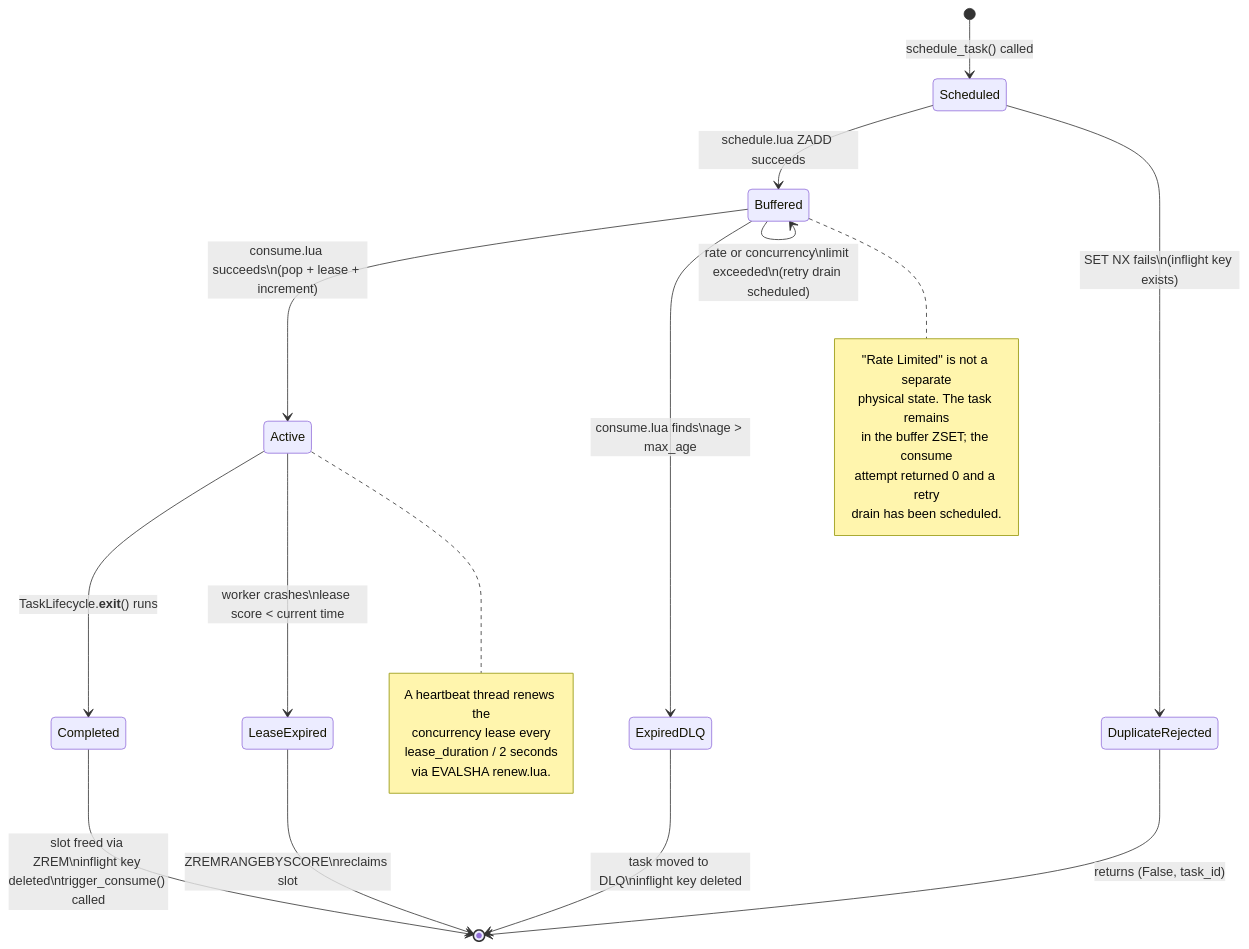
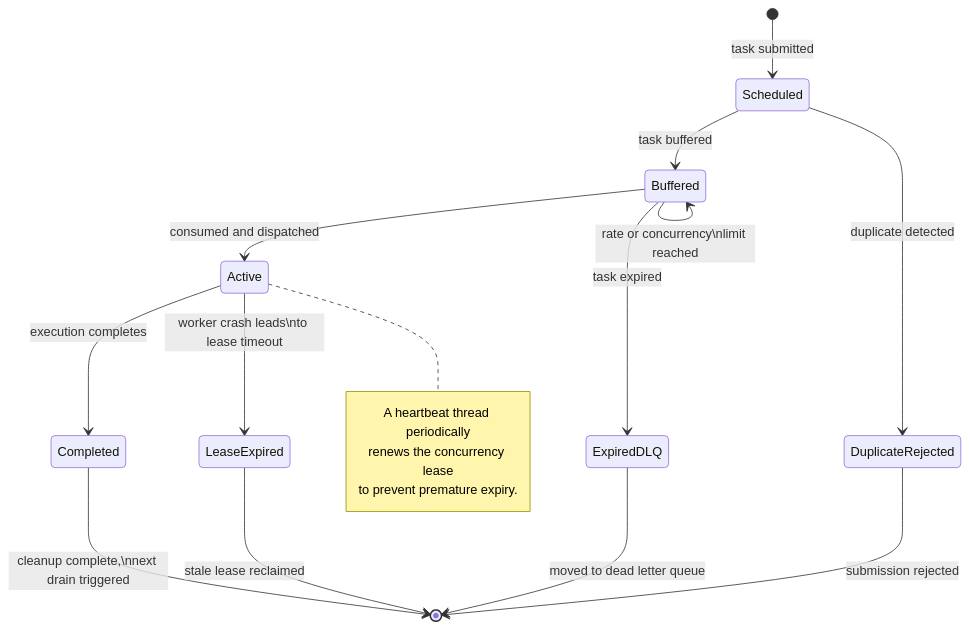
One commit to melroy999/redis-rate-limiter changed the diagram in docs/architecture/task-states.md. Above: the diagram before and after it, drawn with Mermaid. The commit also changed other lines of this file and 13 other files, not shown here.

Commit message:
[/worker-limiter] Linked tests to architecture docs. Improved documentation and diagram clarity. Added (missing) and removed (unnecessary) tests.

````diff
--- a/docs/architecture/task-states.md
+++ b/docs/architecture/task-states.md
@@ -9,37 +9,28 @@
 ```mermaid
 stateDiagram-v2
-    [*] --> Scheduled : schedule_task() called
+    [*] --> Scheduled : task submitted
 
-    Scheduled --> Buffered : schedule.lua ZADD succeeds
-    Scheduled --> DuplicateRejected : SET NX fails\n(inflight key exists)
+    Scheduled --> Buffered : task buffered
+    Scheduled --> DuplicateRejected : duplicate detected
 
-    DuplicateRejected --> [*] : returns (False, task_id)
+    DuplicateRejected --> [*] : submission rejected
 
-    Buffered --> Active : consume.lua succeeds\n(pop + lease + increment)
-    Buffered --> ExpiredDLQ : consume.lua finds\nage > max_age
-    Buffered --> Buffered : rate or concurrency\nlimit exceeded\n(retry drain scheduled)
+    Buffered --> Active : consumed and dispatched
+    Buffered --> ExpiredDLQ : task expired
+    Buffered --> Buffered : rate or concurrency\nlimit reached
 
-    ExpiredDLQ --> [*] : task moved to DLQ\ninflight key deleted
+    ExpiredDLQ --> [*] : moved to dead letter queue
 
-    Active --> Completed : TaskLifecycle.__exit__() runs
-    Active --> LeaseExpired : worker crashes\nlease score < current time
+    Active --> Completed : execution completes
+    Active --> LeaseExpired : worker crash leads\nto lease timeout
 
-    Completed --> [*] : slot freed via ZREM\ninflight key deleted\ntrigger_consume() called
+    Completed --> [*] : cleanup complete,\nnext drain triggered
 
-    LeaseExpired --> [*] : ZREMRANGEBYSCORE\nreclaims slot
-
-    note right of Buffered
-        "Rate Limited" is not a separate
-        physical state. The task remains
-        in the buffer ZSET; the consume
-        attempt returned 0 and a retry
-        drain has been scheduled.
-    end note
+    LeaseExpired --> [*] : stale lease reclaimed
 
     note right of Active
-        A heartbeat thread renews the
-        concurrency lease every
-        lease_duration / 2 seconds
-        via EVALSHA renew.lua.
+        A heartbeat thread periodically
+        renews the concurrency lease
+        to prevent premature expiry.
     end note
 ```
````
